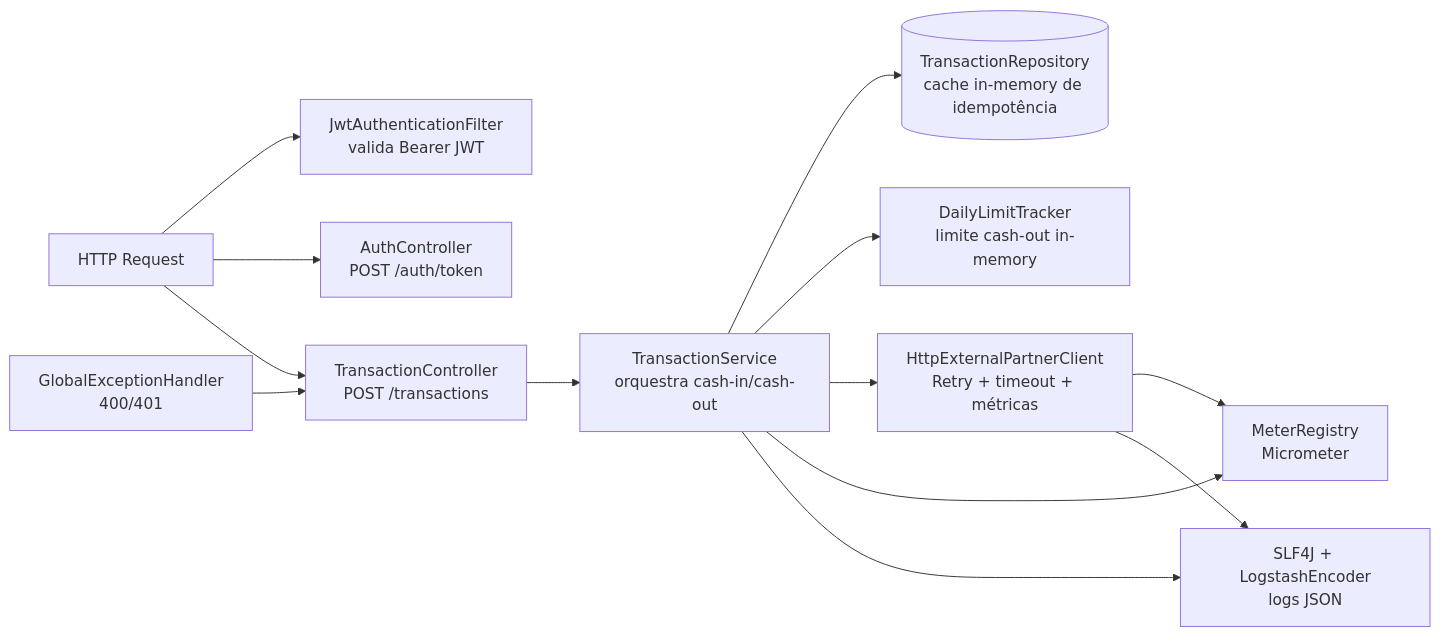
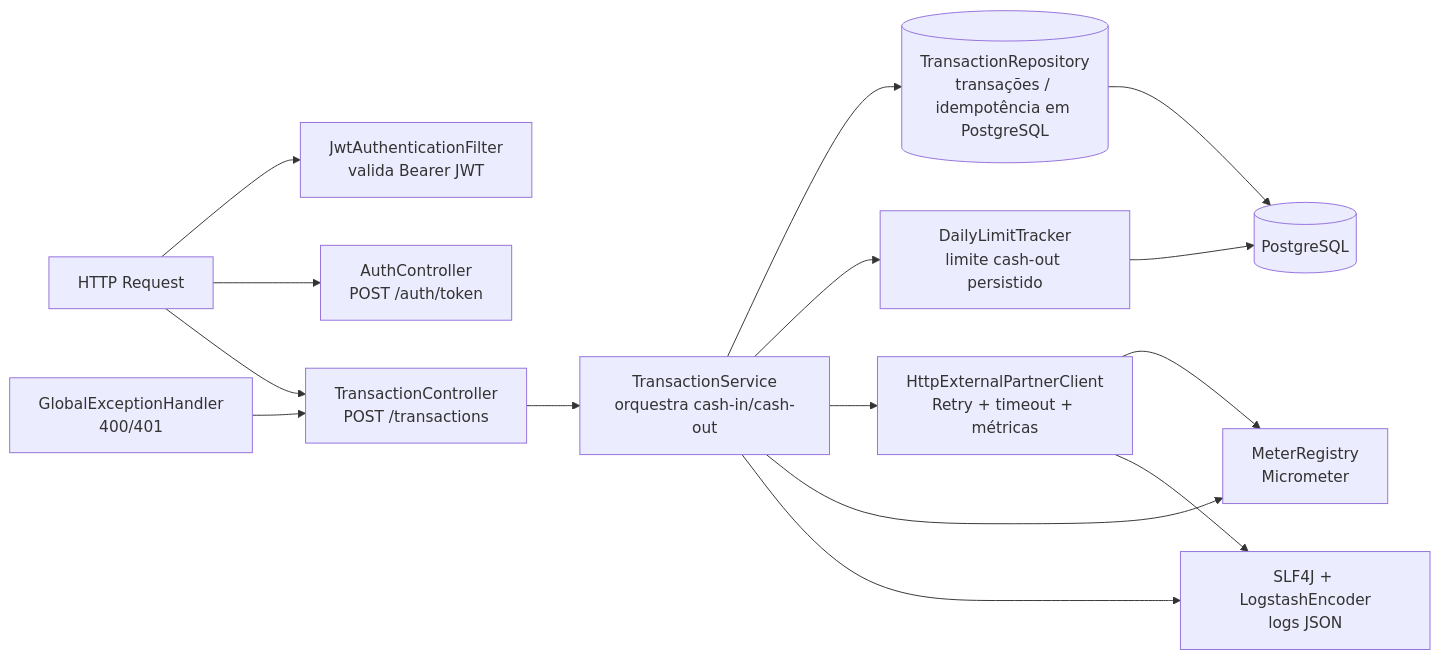
One commit to rgalvao93/pix-transaction-observability changed the eighth of 10 diagrams in docs/system-design.md. Above: the diagram before and after it, drawn with Mermaid. The commit also changed other lines of this file and 35 other files, not shown here.

First line of the commit message:
feat: persiste transações, limites diários e saldos em PostgreSQL (ADR-009)

````diff
--- a/docs/system-design.md
+++ b/docs/system-design.md
@@ -274,26 +276,28 @@
 ```mermaid
 flowchart LR
     HTTP[HTTP Request]
     AC[AuthController<br/>POST /auth/token]
     TC[TransactionController<br/>POST /transactions]
     GA[GlobalExceptionHandler<br/>400/401]
     SEC[JwtAuthenticationFilter<br/>valida Bearer JWT]
     TServ[TransactionService<br/>orquestra cash-in/cash-out]
     CL[HttpExternalPartnerClient<br/>Retry + timeout + métricas]
-    CRUD[(TransactionRepository<br/>cache in-memory de idempotência)]
-    DL[DailyLimitTracker<br/>limite cash-out in-memory]
+    CRUD[(TransactionRepository<br/>transações / idempotência em PostgreSQL)]
+    DL[DailyLimitTracker<br/>limite cash-out persistido]
     MET[MeterRegistry<br/>Micrometer]
     LOG[SLF4J + LogstashEncoder<br/>logs JSON]
     HTTP --> SEC
     HTTP --> AC
     HTTP --> TC
     TC --> TServ
     TServ --> CRUD
     TServ --> DL
+    CRUD --> DB[(PostgreSQL)]
+    DL --> DB
     TServ --> CL
     TServ --> MET
     TServ --> LOG
     CL --> MET
     CL --> LOG
     GA --> TC
 ```
````
